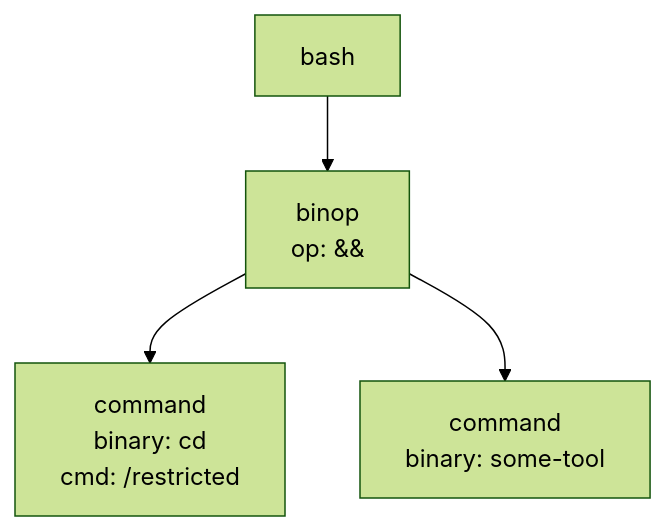
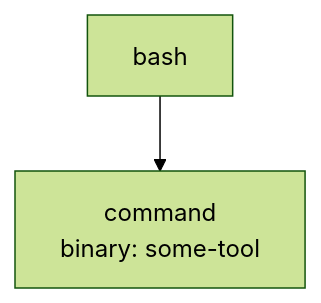
The diagram in examples/ast/bash-env-in-pipeline/index.md (ashleydavis/expressive-permissions), drawn with Mermaid (forest theme) before and after one commit. The commit also changed other lines of this file and 3 other files, not shown here.

````diff
--- a/examples/ast/bash-env-in-pipeline/index.md
+++ b/examples/ast/bash-env-in-pipeline/index.md
@@ -11,10 +11,6 @@
 ```mermaid
 graph TD
   n0["bash"]
-  n1["binop<br/>op: &amp;&amp;"]
-  n2["command<br/>binary: cd<br/>cmd: /restricted"]
-  n1 --> n2
-  n3["command<br/>binary: some-tool"]
-  n1 --> n3
+  n1["command<br/>binary: some-tool"]
   n0 --> n1
 ```
````
